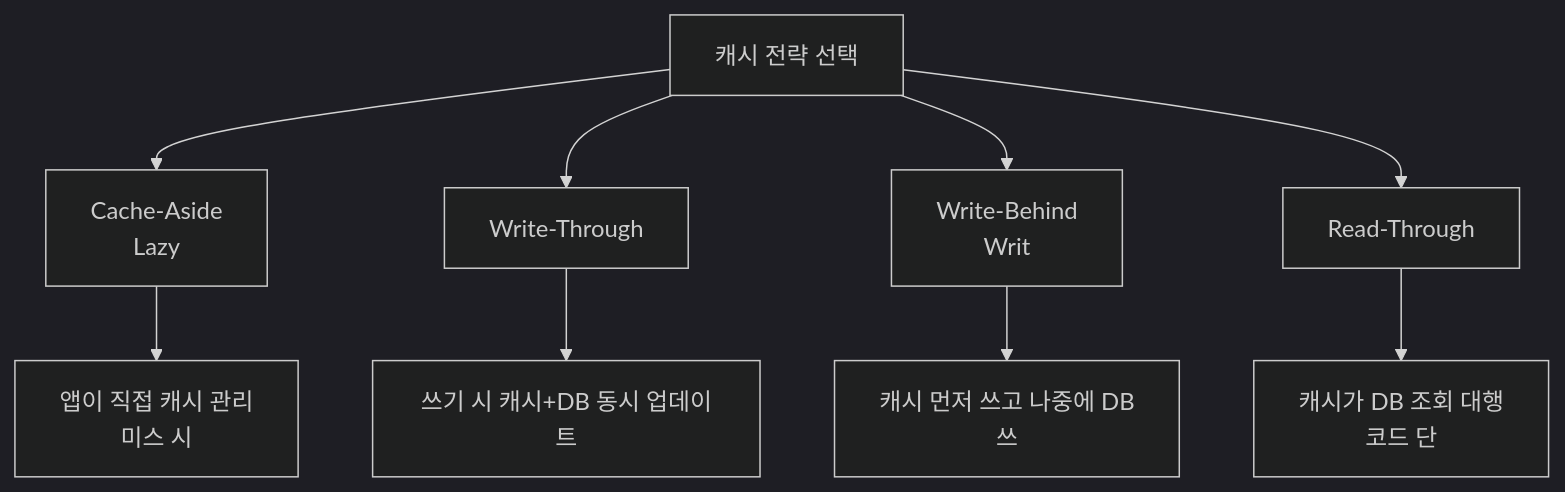
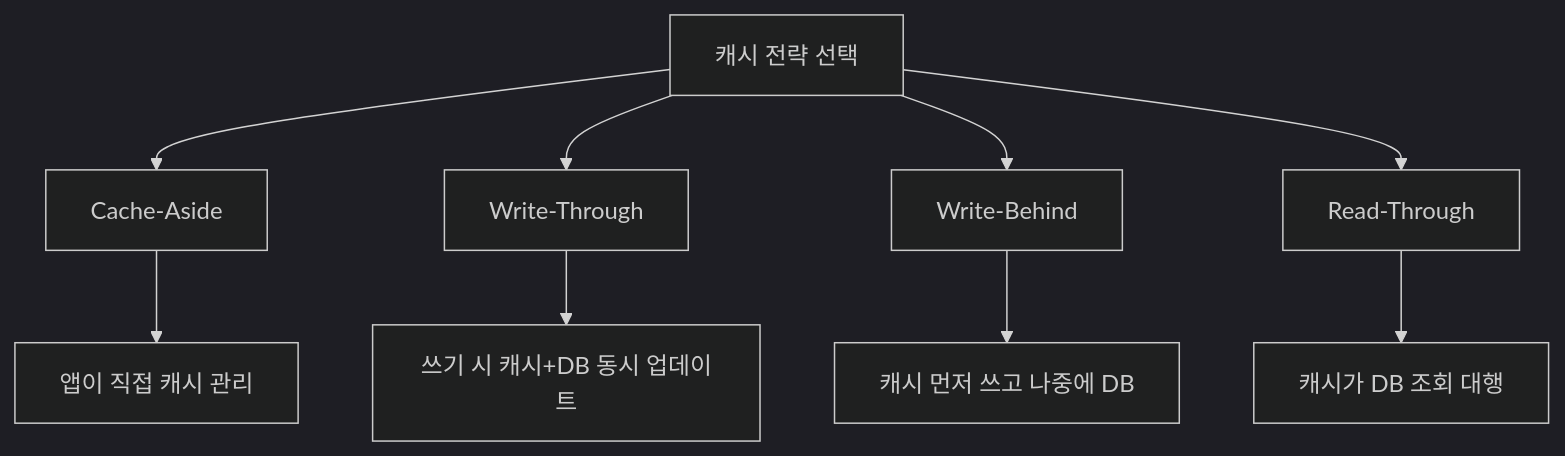
Diagram 11 of 17 in _posts/systemdesign/2026-05-02-system-design-fundamentals.md (yjkim2015/yjkim2015.github.io), drawn with Mermaid (dark theme) before and after one commit. The commit also changed other lines of this file and 217 other files, not shown here.

First line of the commit message:
Mermaid 크기 수정: useMaxWidth:true + SVG max-width:100% + 라벨 축소

````diff
--- a/_posts/systemdesign/2026-05-02-system-design-fundamentals.md
+++ b/_posts/systemdesign/2026-05-02-system-design-fundamentals.md
@@ -400,12 +400,12 @@
 ```mermaid
 graph TD
     A["캐시 전략 선택"]
-    A --> B["Cache-Aside\nLazy"]
+    A --> B["Cache-Aside"]
     A --> C["Write-Through"]
-    A --> D["Write-Behind\nWrit"]
+    A --> D["Write-Behind"]
     A --> E["Read-Through"]
-    B --> F["앱이 직접 캐시 관리\n미스 시"]
+    B --> F["앱이 직접 캐시 관리"]
     C --> G["쓰기 시 캐시+DB 동시 업데이트"]
-    D --> H["캐시 먼저 쓰고 나중에 DB\n쓰"]
-    E --> I["캐시가 DB 조회 대행\n코드 단"]
+    D --> H["캐시 먼저 쓰고 나중에 DB"]
+    E --> I["캐시가 DB 조회 대행"]
 ```
````
